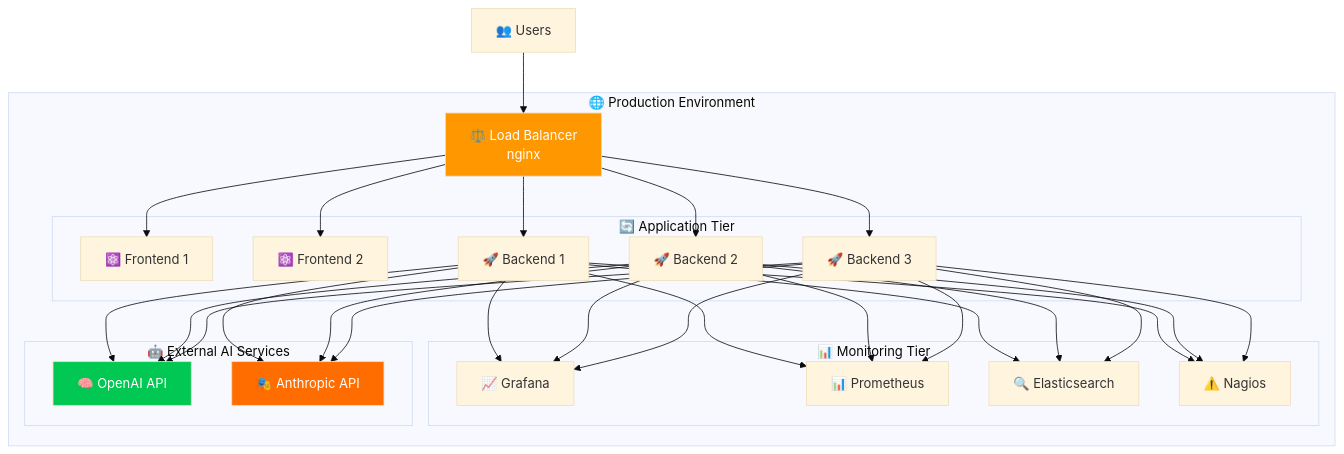
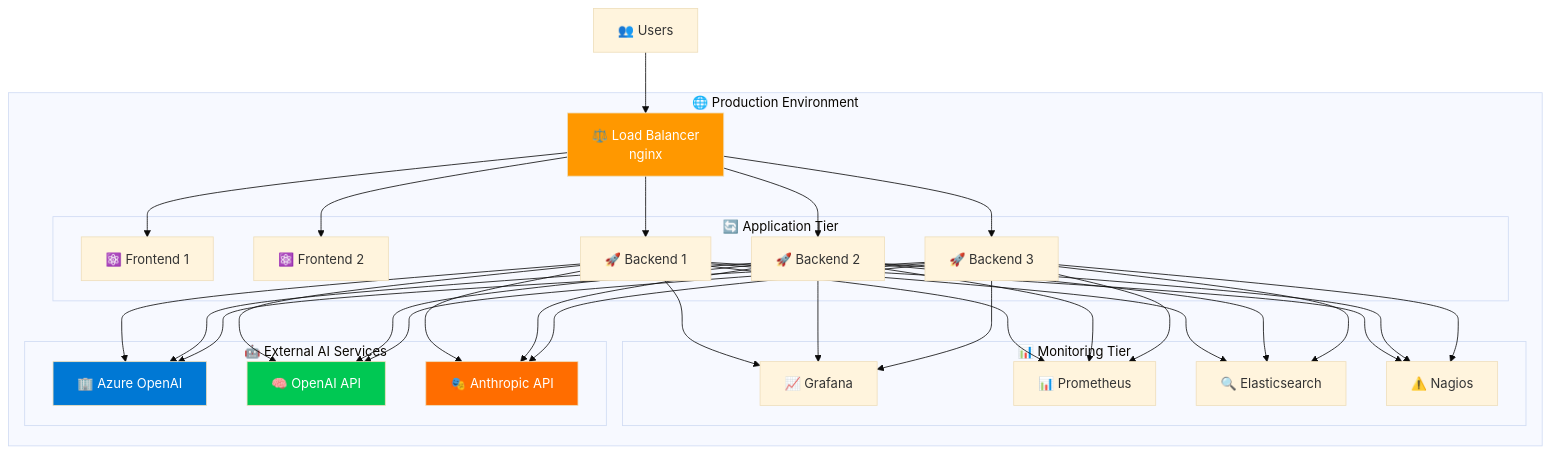
The ninth of 9 diagrams in docs/architecture-diagrams.md (WatkinsGreen/chatter), drawn with Mermaid (base theme) before and after one commit. The commit also changed other lines of this file and 3 other files, not shown here.

First line of the commit message:
Update architecture diagrams to reflect Azure OpenAI integration

````diff
--- a/docs/architecture-diagrams.md
+++ b/docs/architecture-diagrams.md
@@ -337,57 +345,62 @@
 ```mermaid
 graph TB
     subgraph "🌐 Production Environment"
         LB[⚖️ Load Balancer<br/>nginx]
         
         subgraph "🔄 Application Tier"
             F1[⚛️ Frontend 1]
             F2[⚛️ Frontend 2]
             B1[🚀 Backend 1]
             B2[🚀 Backend 2]
             B3[🚀 Backend 3]
         end
         
         subgraph "📊 Monitoring Tier"
             G[📈 Grafana]
             P[📊 Prometheus]
             E[🔍 Elasticsearch]
             N[⚠️ Nagios]
         end
         
         subgraph "🤖 External AI Services"
+            AzureOpenAI[🏢 Azure OpenAI]
             OpenAI[🧠 OpenAI API]
             Anthropic[🎭 Anthropic API]
         end
     end
     
     Users[👥 Users] --> LB
     LB --> F1
     LB --> F2
     LB --> B1
     LB --> B2
     LB --> B3
     
     B1 --> G
     B1 --> P
     B1 --> E
     B1 --> N
     B2 --> G
     B2 --> P
     B2 --> E
     B2 --> N
     B3 --> G
     B3 --> P
     B3 --> E
     B3 --> N
     
+    B1 --> AzureOpenAI
     B1 --> OpenAI
     B1 --> Anthropic
+    B2 --> AzureOpenAI
     B2 --> OpenAI
     B2 --> Anthropic
+    B3 --> AzureOpenAI
     B3 --> OpenAI
     B3 --> Anthropic
     
     style LB fill:#ff9800,color:#fff
+    style AzureOpenAI fill:#0078d4,color:#fff
     style OpenAI fill:#00c853,color:#fff
     style Anthropic fill:#ff6d00,color:#fff
 ```
````
